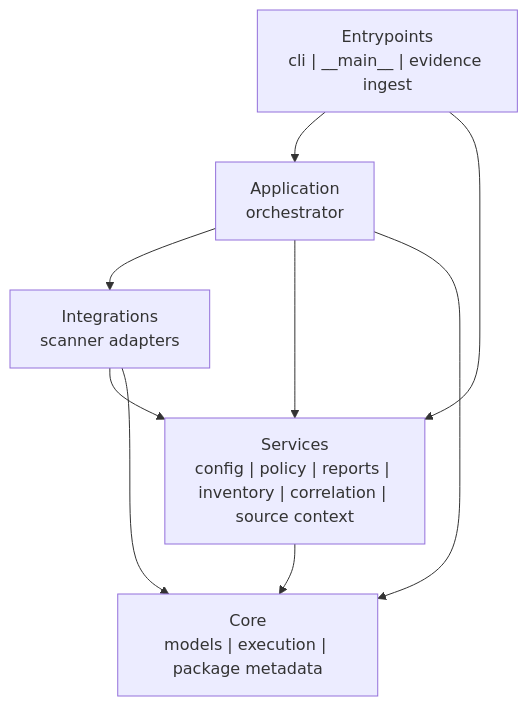
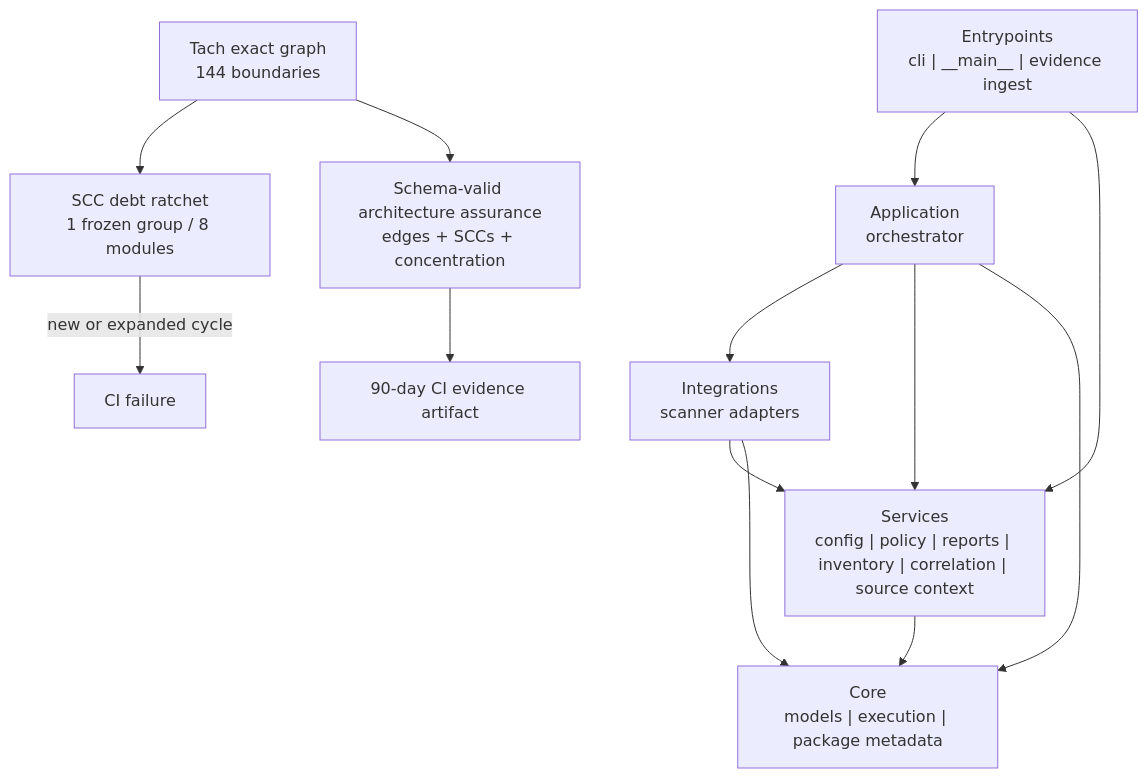
Diagram 11 of 19 in docs/design.md (willtran87/project-py-security-suite), drawn with Mermaid before and after one commit. The commit also changed other lines of this file and 303 other files, not shown here.

````diff
--- a/docs/design.md
+++ b/docs/design.md
@@ -364,11 +567,15 @@
 ```mermaid
 flowchart TB
     Entry["Entrypoints<br/>cli | __main__ | evidence ingest"] --> Application["Application<br/>orchestrator"]
     Entry --> Services["Services<br/>config | policy | reports | inventory | correlation | source context"]
     Application --> Integrations["Integrations<br/>scanner adapters"]
     Application --> Services
     Application --> Core["Core<br/>models | execution | package metadata"]
     Integrations --> Services
     Integrations --> Core
     Services --> Core
+    Graph["Tach exact graph<br/>144 boundaries"] --> Debt["SCC debt ratchet<br/>1 frozen group / 8 modules"]
+    Debt -->|new or expanded cycle| Fail["CI failure"]
+    Graph --> Evidence["Schema-valid architecture assurance<br/>edges + SCCs + concentration"]
+    Evidence --> Artifact["90-day CI evidence artifact"]
 ```
````
